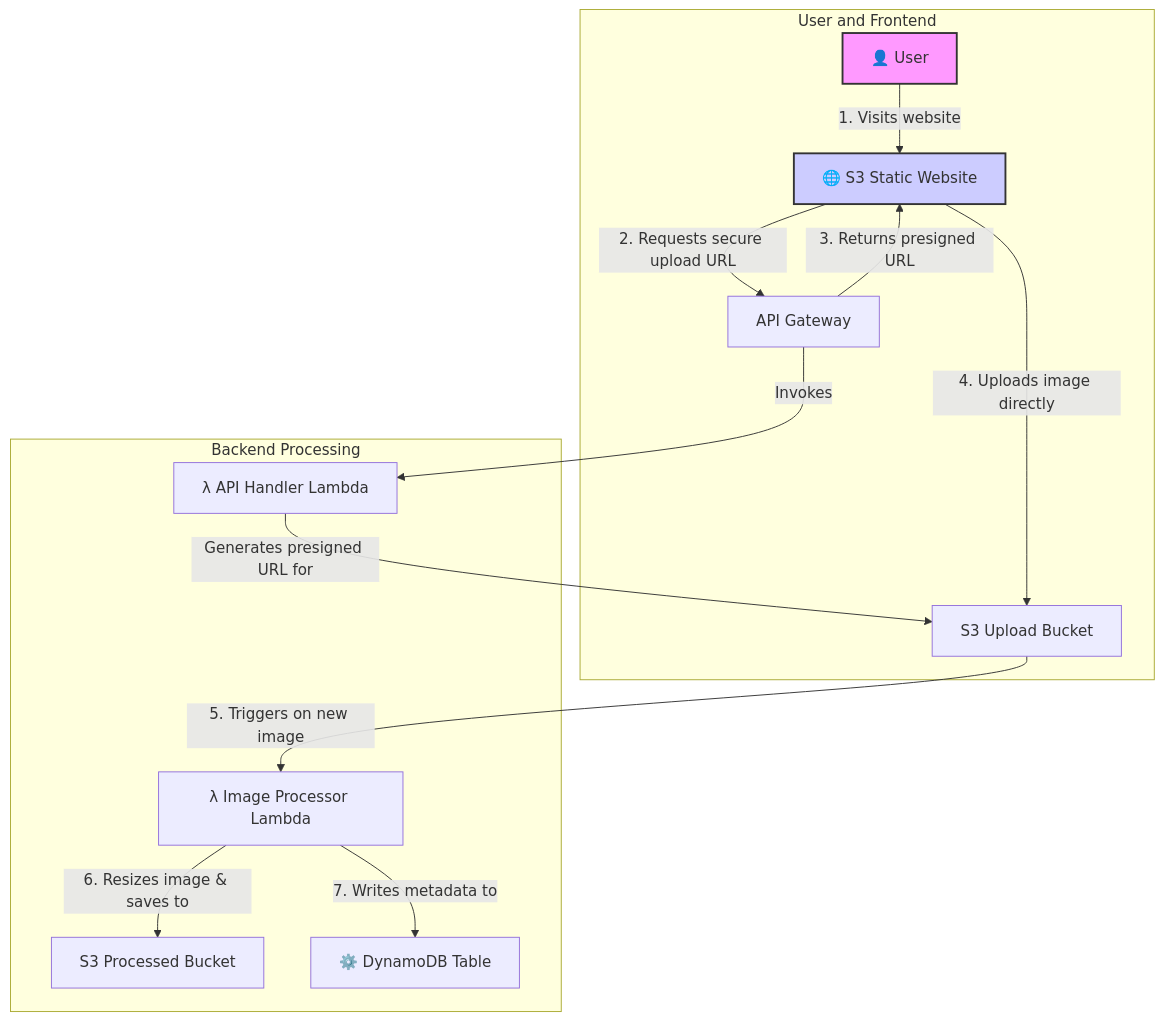
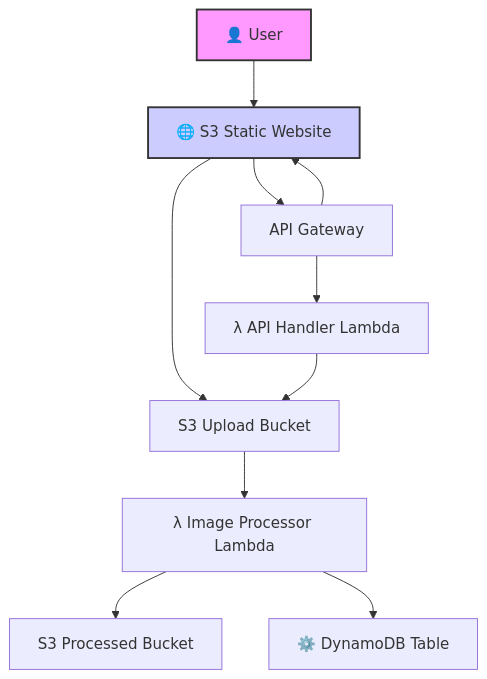
Before and after one commit to medfa12/manara-aws-saa-project: the diagram in README.md, drawn with Mermaid.

````diff
--- a/README.md
+++ b/README.md
@@ -36,21 +36,17 @@
 ```mermaid
 graph TD
-    subgraph "User and Frontend"
-        User["👤 User"] -- "1. Visits website" --> Frontend["🌐 S3 Static Website"];
-        Frontend -- "2. Requests secure upload URL" --> APIGW["API Gateway"];
-        APIGW -- "3. Returns presigned URL" --> Frontend;
-        Frontend -- "4. Uploads image directly" --> UploadBucket["S3 Upload Bucket"];
-    end
-
-    subgraph "Backend Processing"
-        APIGW -- "Invokes" --> APIHandlerLambda["λ API Handler Lambda"];
-        APIHandlerLambda -- "Generates presigned URL for" --> UploadBucket;
-        
-        UploadBucket -- "5. Triggers on new image" --> ImageProcessorLambda["λ Image Processor Lambda"];
-        ImageProcessorLambda -- "6. Resizes image & saves to" --> ProcessedBucket["S3 Processed Bucket"];
-        ImageProcessorLambda -- "7. Writes metadata to" --> DynamoDB["⚙️ DynamoDB Table"];
-    end
-
+    User[👤 User] --> Frontend[🌐 S3 Static Website]
+    Frontend --> APIGW[API Gateway]
+    APIGW --> Frontend
+    Frontend --> UploadBucket[S3 Upload Bucket]
+    
+    APIGW --> APIHandlerLambda[λ API Handler Lambda]
+    APIHandlerLambda --> UploadBucket
+    
+    UploadBucket --> ImageProcessorLambda[λ Image Processor Lambda]
+    ImageProcessorLambda --> ProcessedBucket[S3 Processed Bucket]
+    ImageProcessorLambda --> DynamoDB[⚙️ DynamoDB Table]
+    
     style User fill:#f9f,stroke:#333,stroke-width:2px
     style Frontend fill:#ccf,stroke:#333,stroke-width:2px
 ```
````
